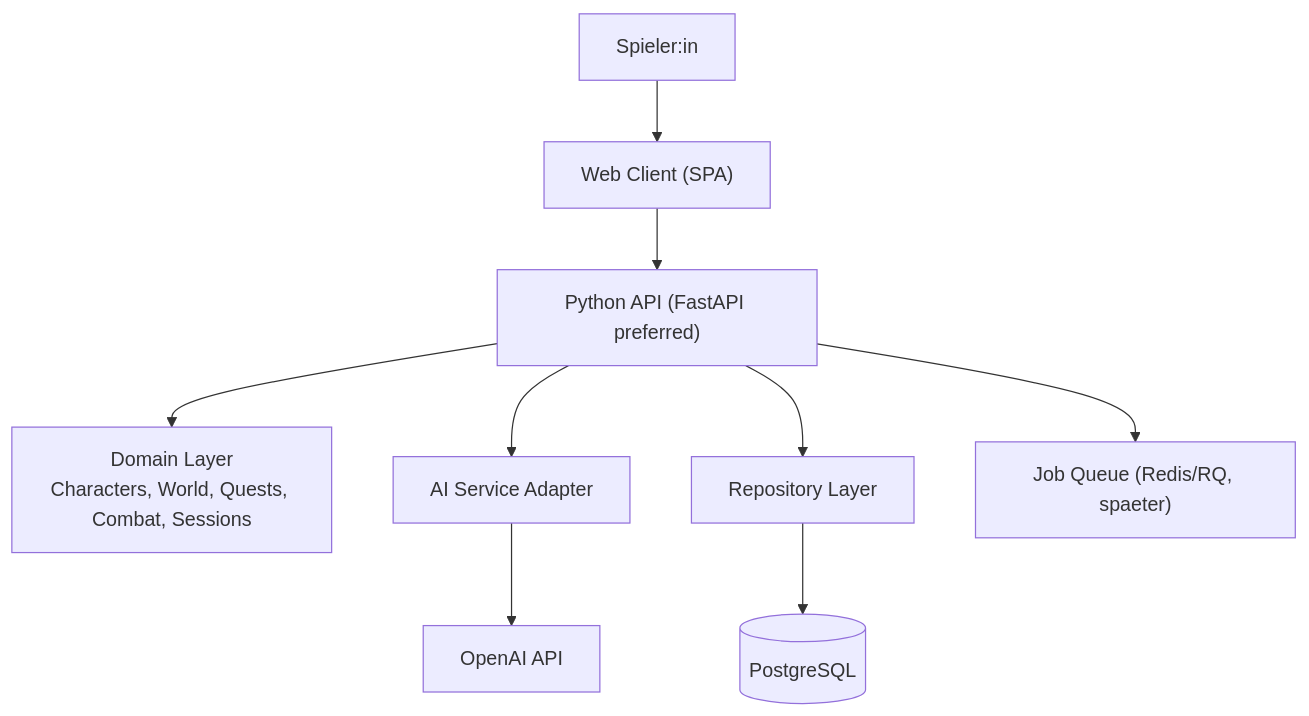
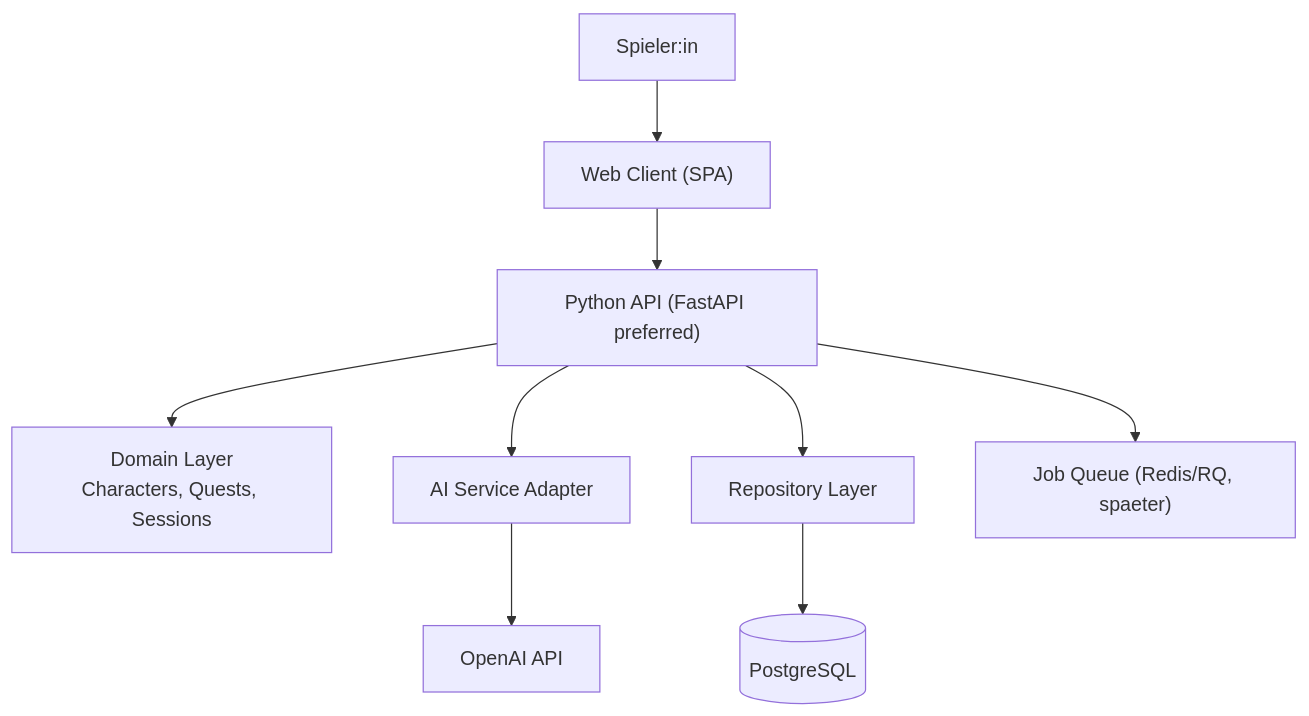
Before and after one commit to amet-titulari/chastease: the diagram in docs/architecture/C4_CONTAINER.md, drawn with Mermaid. The commit also changed other lines of this file and 13 other files, not shown here.

Commit message:
Document setup psychogram flow and release v0.0.2

````diff
--- a/docs/architecture/C4_CONTAINER.md
+++ b/docs/architecture/C4_CONTAINER.md
@@ -5,13 +5,13 @@
 ```mermaid
 flowchart TB
     Player["Spieler:in"] --> Web["Web Client (SPA)"]
     Web --> Api["Python API (FastAPI preferred)"]
 
-    Api --> Domain["Domain Layer\nCharacters, World, Quests, Combat, Sessions"]
+    Api --> Domain["Domain Layer\nCharacters, Quests, Sessions"]
     Api --> AiService["AI Service Adapter"]
     Api --> Repo["Repository Layer"]
 
     Repo --> Db[(PostgreSQL)]
     AiService --> OpenAI["OpenAI API"]
     Api --> Queue["Job Queue (Redis/RQ, spaeter)"]
 ```
````
